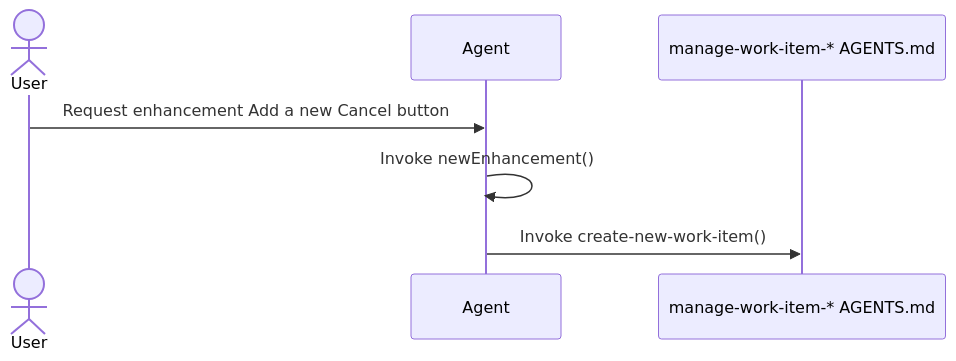
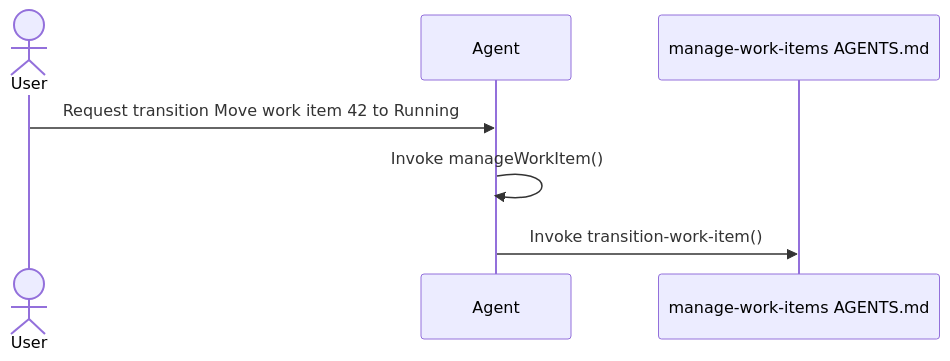
One commit to martinbechard/dev-methodology changed diagram 11 of 16 in design/object-oriented-agent-and-skill-model.md. Above: the diagram before and after it, drawn with Mermaid. The commit also changed other lines of this file and 60 other files, not shown here.

First line of the commit message:
Integrate work item management provider naming

````diff
--- a/design/object-oriented-agent-and-skill-model.md
+++ b/design/object-oriented-agent-and-skill-model.md
@@ -514,10 +514,10 @@
 ```mermaid
 sequenceDiagram
     actor User
     participant Agent
-    participant Interface as manage-work-item-* AGENTS.md
+    participant Interface as manage-work-items AGENTS.md
 
-    User->>Agent: Request enhancement Add a new Cancel button
-    Agent->>Agent: Invoke newEnhancement()
-    Agent->>Interface: Invoke create-new-work-item()
+    User->>Agent: Request transition Move work item 42 to Running
+    Agent->>Agent: Invoke manageWorkItem()
+    Agent->>Interface: Invoke transition-work-item()
 ```
````
